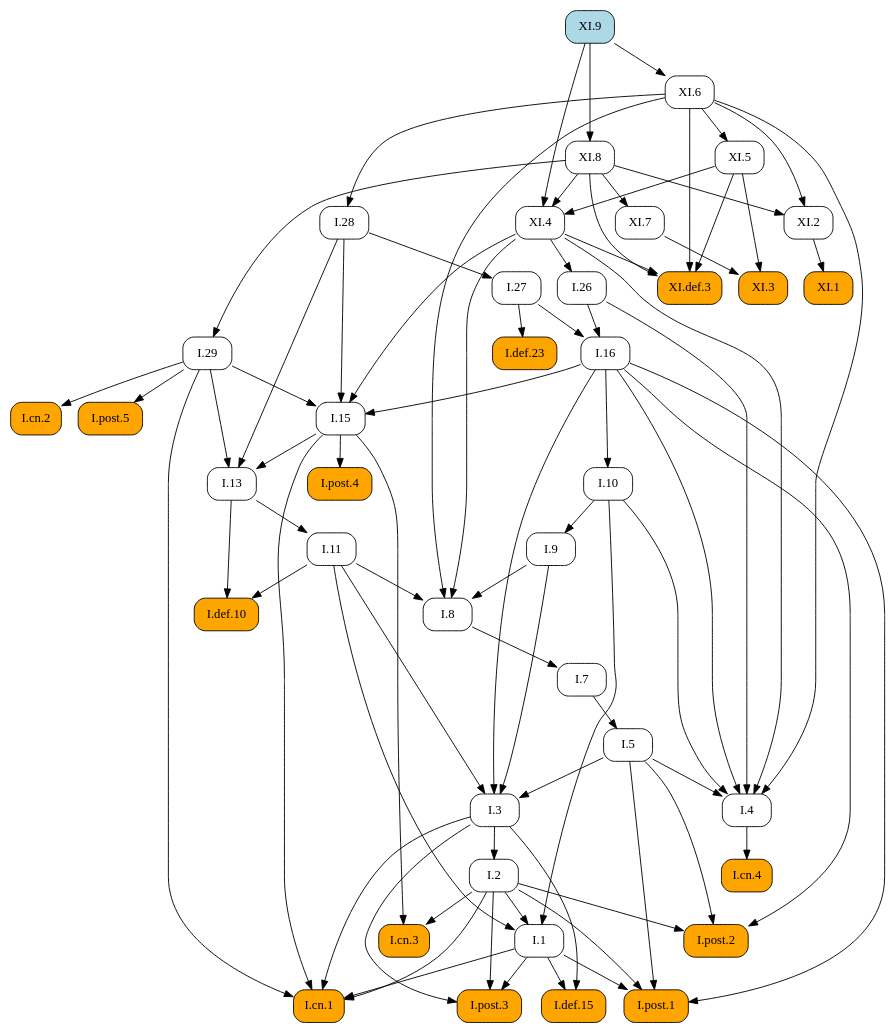
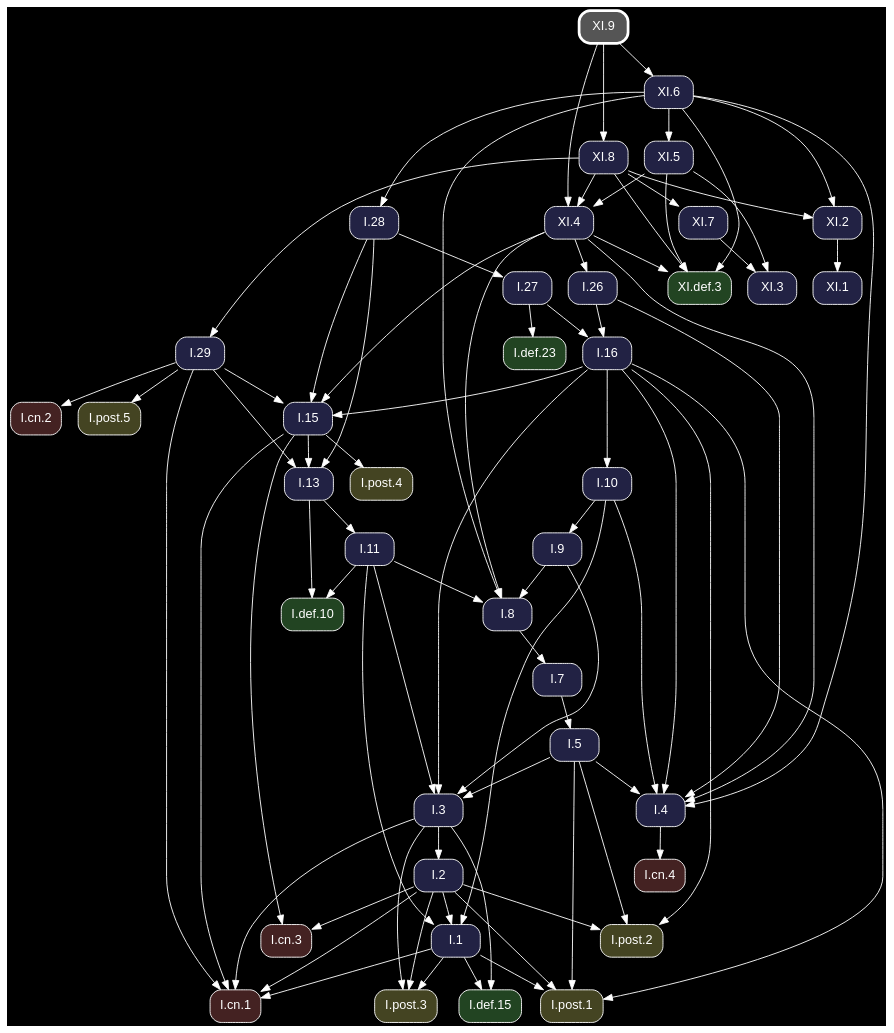
One commit to geometor/elements changed the diagram in docsrc/heath/XI/9/index.rst. Above: the diagram before and after it, drawn with Graphviz. The commit also changed other lines of this file and 1200 other files, not shown here.

Commit message:
update dependency graphs

```diff
--- a/docsrc/heath/XI/9/index.rst
+++ b/docsrc/heath/XI/9/index.rst
@@ -35,74 +35,51 @@
 .. graphviz::
 
    digraph {
+     bgcolor="black";
+     node [shape=box, style="rounded,filled", fontname="Helvetica", color="white", fontcolor="white"];
+     edge [color="white", fontcolor="white"];
      rankdir="TB";
-     node [shape=box, style=rounded];
-     "I.9" [URL="/heath/I/9/", target="_top"];
-     "XI.4" [URL="/heath/XI/4/", target="_top"];
-     "I.def.15" [style="rounded,filled", fillcolor=orange, URL="/heath/I/def.15/", target="_top"];
-     "XI.8" [URL="/heath/XI/8/", target="_top"];
-     "XI.6" [URL="/heath/XI/6/", target="_top"];
-     "I.post.3" [style="rounded,filled", fillcolor=orange, URL="/heath/I/post.3/", target="_top"];
-     "I.post.1" [style="rounded,filled", fillcolor=orange, URL="/heath/I/post.1/", target="_top"];
-     "XI.3" [style="rounded,filled", fillcolor=orange, URL="/heath/XI/3/", target="_top"];
-     "I.def.10" [style="rounded,filled", fillcolor=orange, URL="/heath/I/def.10/", target="_top"];
-     "XI.def.3" [style="rounded,filled", fillcolor=orange, URL="/heath/XI/def.3/", target="_top"];
-     "I.27" [URL="/heath/I/27/", target="_top"];
-     "XI.2" [URL="/heath/XI/2/", target="_top"];
-     "XI.7" [URL="/heath/XI/7/", target="_top"];
-     "I.3" [URL="/heath/I/3/", target="_top"];
-     "I.cn.1" [style="rounded,filled", fillcolor=orange, URL="/heath/I/cn.1/", target="_top"];
-     "I.7" [URL="/heath/I/7/", target="_top"];
-     "I.2" [URL="/heath/I/2/", target="_top"];
-     "I.13" [URL="/heath/I/13/", target="_top"];
-     "I.post.4" [style="rounded,filled", fillcolor=orange, URL="/heath/I/post.4/", target="_top"];
-     "I.4" [URL="/heath/I/4/", target="_top"];
-     "I.1" [URL="/heath/I/1/", target="_top"];
-     "I.5" [URL="/heath/I/5/", target="_top"];
-     "I.8" [URL="/heath/I/8/", target="_top"];
-     "I.cn.3" [style="rounded,filled", fillcolor=orange, URL="/heath/I/cn.3/", target="_top"];
-     "I.29" [URL="/heath/I/29/", target="_top"];
-     "XI.5" [URL="/heath/XI/5/", target="_top"];
-     "I.16" [URL="/heath/I/16/", target="_top"];
-     "I.15" [URL="/heath/I/15/", target="_top"];
-     "I.10" [URL="/heath/I/10/", target="_top"];
-     "I.11" [URL="/heath/I/11/", target="_top"];
-     "I.def.23" [style="rounded,filled", fillcolor=orange, URL="/heath/I/def.23/", target="_top"];
-     "XI.9" [style="rounded,filled", fillcolor=lightblue, URL="/heath/XI/9/", target="_top"];
-     "I.cn.2" [style="rounded,filled", fillcolor=orange, URL="/heath/I/cn.2/", target="_top"];
-     "I.post.5" [style="rounded,filled", fillcolor=orange, URL="/heath/I/post.5/", target="_top"];
-     "I.28" [URL="/heath/I/28/", target="_top"];
-     "I.cn.4" [style="rounded,filled", fillcolor=orange, URL="/heath/I/cn.4/", target="_top"];
-     "XI.1" [style="rounded,filled", fillcolor=orange, URL="/heath/XI/1/", target="_top"];
-     "I.post.2" [style="rounded,filled", fillcolor=orange, URL="/heath/I/post.2/", target="_top"];
-     "I.26" [URL="/heath/I/26/", target="_top"];
-     "I.10" -> "I.9";
-     "XI.5" -> "XI.4";
-     "XI.8" -> "XI.4";
-     "XI.9" -> "XI.4";
-     "I.1" -> "I.def.15";
-     "I.3" -> "I.def.15";
+     "XI.7" [fillcolor="#222244", URL="/heath/XI/7/", target="_top"];
+     "XI.8" [fillcolor="#222244", URL="/heath/XI/8/", target="_top"];
+     "I.3" [fillcolor="#222244", URL="/heath/I/3/", target="_top"];
+     "I.cn.1" [fillcolor="#442222", URL="/heath/I/cn.1/", target="_top"];
+     "XI.def.3" [fillcolor="#224422", URL="/heath/XI/def.3/", target="_top"];
+     "I.def.10" [fillcolor="#224422", URL="/heath/I/def.10/", target="_top"];
+     "I.15" [fillcolor="#222244", URL="/heath/I/15/", target="_top"];
+     "XI.5" [fillcolor="#222244", URL="/heath/XI/5/", target="_top"];
+     "I.28" [fillcolor="#222244", URL="/heath/I/28/", target="_top"];
+     "I.13" [fillcolor="#222244", URL="/heath/I/13/", target="_top"];
+     "I.27" [fillcolor="#222244", URL="/heath/I/27/", target="_top"];
+     "I.2" [fillcolor="#222244", URL="/heath/I/2/", target="_top"];
+     "XI.3" [fillcolor="#222244", URL="/heath/XI/3/", target="_top"];
+     "I.cn.2" [fillcolor="#442222", URL="/heath/I/cn.2/", target="_top"];
+     "XI.1" [fillcolor="#222244", URL="/heath/XI/1/", target="_top"];
+     "I.9" [fillcolor="#222244", URL="/heath/I/9/", target="_top"];
+     "I.1" [fillcolor="#222244", URL="/heath/I/1/", target="_top"];
+     "I.post.5" [fillcolor="#444422", URL="/heath/I/post.5/", target="_top"];
+     "I.post.4" [fillcolor="#444422", URL="/heath/I/post.4/", target="_top"];
+     "I.26" [fillcolor="#222244", URL="/heath/I/26/", target="_top"];
+     "I.8" [fillcolor="#222244", URL="/heath/I/8/", target="_top"];
+     "I.4" [fillcolor="#222244", URL="/heath/I/4/", target="_top"];
+     "I.7" [fillcolor="#222244", URL="/heath/I/7/", target="_top"];
+     "I.5" [fillcolor="#222244", URL="/heath/I/5/", target="_top"];
+     "I.10" [fillcolor="#222244", URL="/heath/I/10/", target="_top"];
+     "I.post.1" [fillcolor="#444422", URL="/heath/I/post.1/", target="_top"];
+     "I.11" [fillcolor="#222244", URL="/heath/I/11/", target="_top"];
+     "I.16" [fillcolor="#222244", URL="/heath/I/16/", target="_top"];
+     "I.cn.3" [fillcolor="#442222", URL="/heath/I/cn.3/", target="_top"];
+     "I.29" [fillcolor="#222244", URL="/heath/I/29/", target="_top"];
+     "I.post.2" [fillcolor="#444422", URL="/heath/I/post.2/", target="_top"];
+     "XI.9" [penwidth=3, color="white", fillcolor="#555555", URL="/heath/XI/9/", target="_top"];
+     "I.cn.4" [fillcolor="#442222", URL="/heath/I/cn.4/", target="_top"];
+     "I.def.23" [fillcolor="#224422", URL="/heath/I/def.23/", target="_top"];
+     "I.post.3" [fillcolor="#444422", URL="/heath/I/post.3/", target="_top"];
+     "I.def.15" [fillcolor="#224422", URL="/heath/I/def.15/", target="_top"];
+     "XI.4" [fillcolor="#222244", URL="/heath/XI/4/", target="_top"];
+     "XI.2" [fillcolor="#222244", URL="/heath/XI/2/", target="_top"];
+     "XI.6" [fillcolor="#222244", URL="/heath/XI/6/", target="_top"];
+     "XI.8" -> "XI.7";
      "XI.9" -> "XI.8";
-     "XI.9" -> "XI.6";
-     "I.1" -> "I.post.3";
-     "I.2" -> "I.post.3";
-     "I.3" -> "I.post.3";
-     "I.1" -> "I.post.1";
-     "I.2" -> "I.post.1";
-     "I.5" -> "I.post.1";
-     "I.16" -> "I.post.1";
-     "XI.5" -> "XI.3";
-     "XI.7" -> "XI.3";
-     "I.11" -> "I.def.10";
-     "I.13" -> "I.def.10";
-     "XI.4" -> "XI.def.3";
-     "XI.5" -> "XI.def.3";
-     "XI.6" -> "XI.def.3";
-     "XI.8" -> "XI.def.3";
-     "I.28" -> "I.27";
-     "XI.6" -> "XI.2";
-     "XI.8" -> "XI.2";
-     "XI.8" -> "XI.7";
      "I.5" -> "I.3";
      "I.9" -> "I.3";
      "I.11" -> "I.3";
@@ -112,46 +89,71 @@
      "I.3" -> "I.cn.1";
      "I.15" -> "I.cn.1";
      "I.29" -> "I.cn.1";
-     "I.8" -> "I.7";
-     "I.3" -> "I.2";
+     "XI.4" -> "XI.def.3";
+     "XI.5" -> "XI.def.3";
+     "XI.6" -> "XI.def.3";
+     "XI.8" -> "XI.def.3";
+     "I.11" -> "I.def.10";
+     "I.13" -> "I.def.10";
+     "I.16" -> "I.15";
+     "I.28" -> "I.15";
+     "I.29" -> "I.15";
+     "XI.4" -> "I.15";
+     "XI.6" -> "XI.5";
+     "XI.6" -> "I.28";
      "I.15" -> "I.13";
      "I.28" -> "I.13";
      "I.29" -> "I.13";
+     "I.28" -> "I.27";
+     "I.3" -> "I.2";
+     "XI.5" -> "XI.3";
+     "XI.7" -> "XI.3";
+     "I.29" -> "I.cn.2";
+     "XI.2" -> "XI.1";
+     "I.10" -> "I.9";
+     "I.2" -> "I.1";
+     "I.10" -> "I.1";
+     "I.11" -> "I.1";
+     "I.29" -> "I.post.5";
      "I.15" -> "I.post.4";
+     "XI.4" -> "I.26";
+     "I.9" -> "I.8";
+     "I.11" -> "I.8";
+     "XI.4" -> "I.8";
+     "XI.6" -> "I.8";
      "I.5" -> "I.4";
      "I.10" -> "I.4";
      "I.16" -> "I.4";
      "I.26" -> "I.4";
      "XI.4" -> "I.4";
      "XI.6" -> "I.4";
-     "I.2" -> "I.1";
-     "I.10" -> "I.1";
-     "I.11" -> "I.1";
+     "I.8" -> "I.7";
      "I.7" -> "I.5";
-     "I.9" -> "I.8";
-     "I.11" -> "I.8";
-     "XI.4" -> "I.8";
-     "XI.6" -> "I.8";
+     "I.16" -> "I.10";
+     "I.1" -> "I.post.1";
+     "I.2" -> "I.post.1";
+     "I.5" -> "I.post.1";
+     "I.16" -> "I.post.1";
+     "I.13" -> "I.11";
+     "I.26" -> "I.16";
+     "I.27" -> "I.16";
      "I.2" -> "I.cn.3";
      "I.15" -> "I.cn.3";
      "XI.8" -> "I.29";
-     "XI.6" -> "XI.5";
-     "I.26" -> "I.16";
-     "I.27" -> "I.16";
-     "I.16" -> "I.15";
-     "I.28" -> "I.15";
-     "I.29" -> "I.15";
-     "XI.4" -> "I.15";
-     "I.16" -> "I.10";
-     "I.13" -> "I.11";
-     "I.27" -> "I.def.23";
-     "I.29" -> "I.cn.2";
-     "I.29" -> "I.post.5";
-     "XI.6" -> "I.28";
-     "I.4" -> "I.cn.4";
-     "XI.2" -> "XI.1";
      "I.2" -> "I.post.2";
      "I.5" -> "I.post.2";
      "I.16" -> "I.post.2";
-     "XI.4" -> "I.26";
+     "I.4" -> "I.cn.4";
+     "I.27" -> "I.def.23";
+     "I.1" -> "I.post.3";
+     "I.2" -> "I.post.3";
+     "I.3" -> "I.post.3";
+     "I.1" -> "I.def.15";
+     "I.3" -> "I.def.15";
+     "XI.5" -> "XI.4";
+     "XI.8" -> "XI.4";
+     "XI.9" -> "XI.4";
+     "XI.6" -> "XI.2";
+     "XI.8" -> "XI.2";
+     "XI.9" -> "XI.6";
    }
```
